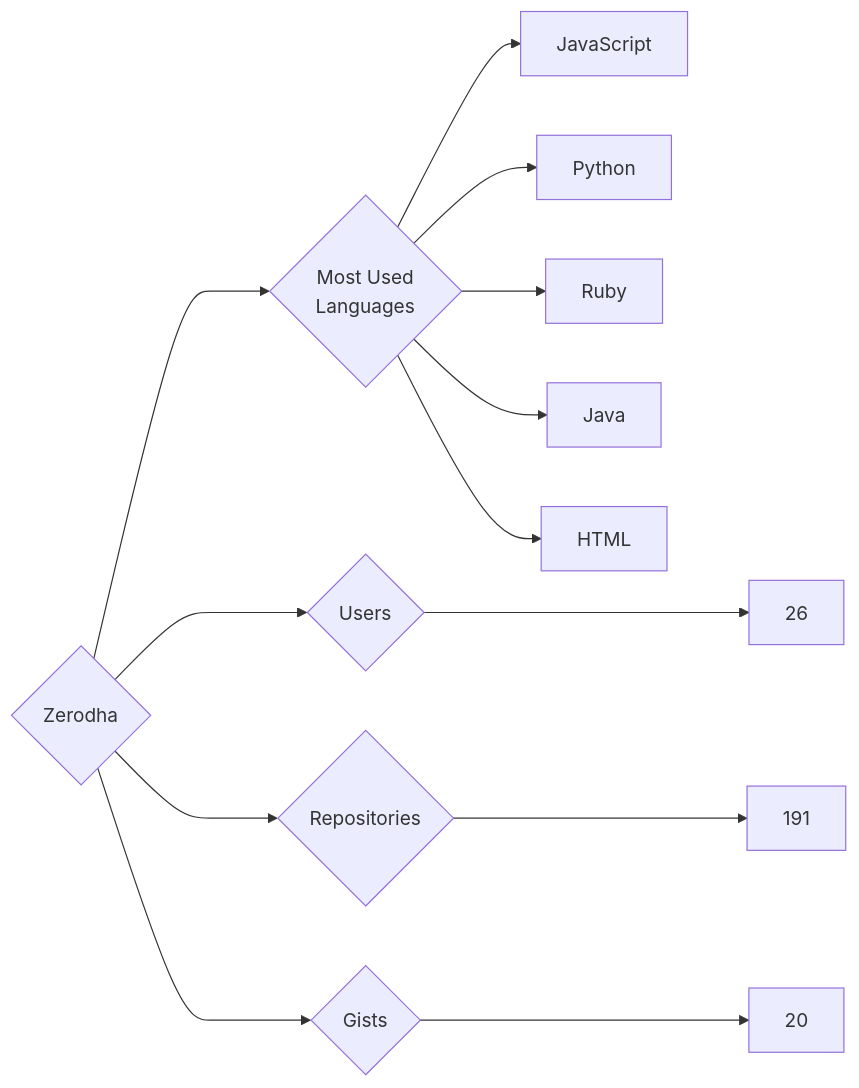
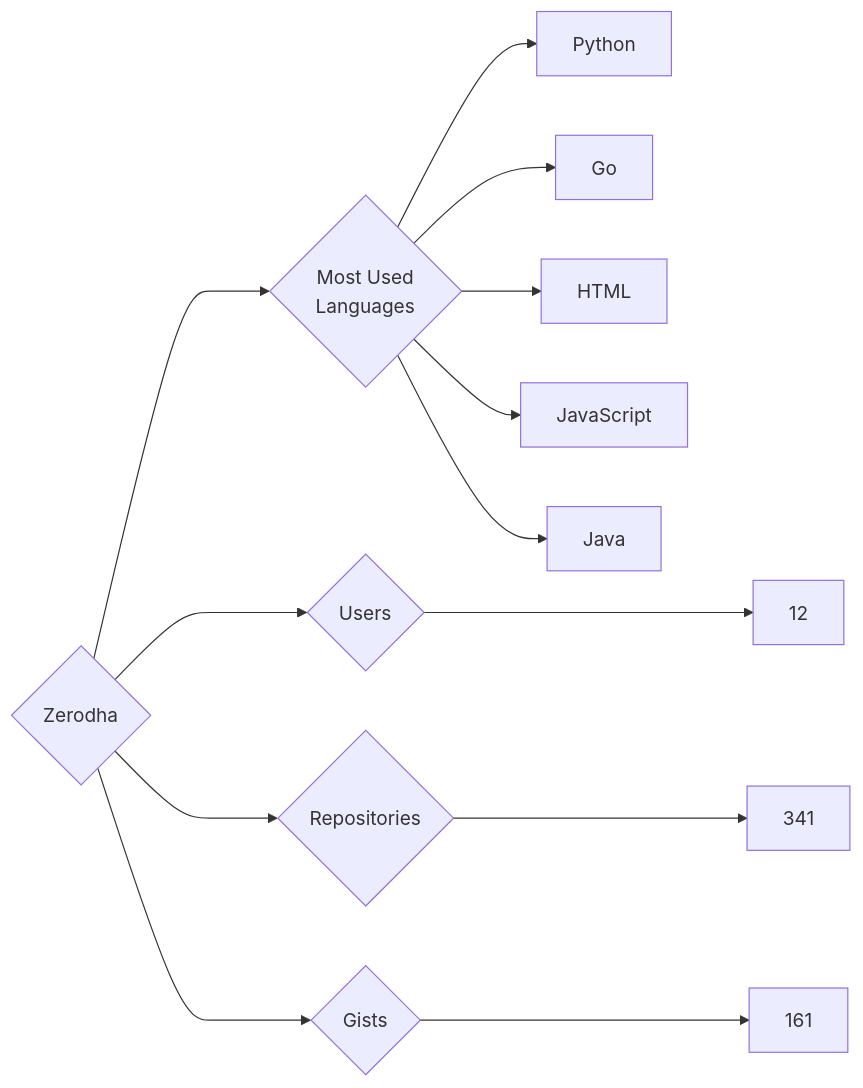
One commit to trickest/insiders changed the diagram in targets/Zerodha/README.md. Above: the diagram before and after it, drawn with Mermaid. The commit also changed 796 other files, not shown here.

````diff
--- a/targets/Zerodha/README.md
+++ b/targets/Zerodha/README.md
@@ -3,13 +3,13 @@
 ```mermaid
 graph LR
 COMPANY_NAME{Zerodha}
-COMPANY_NAME ---> U{Users} ---> UN[26]
-COMPANY_NAME ---> R{Repositories} ---> RN[191]
-COMPANY_NAME ---> G{Gists} ---> GN[20]
+COMPANY_NAME ---> U{Users} ---> UN[12]
+COMPANY_NAME ---> R{Repositories} ---> RN[341]
+COMPANY_NAME ---> G{Gists} ---> GN[161]
 COMPANY_NAME ---> ML{Most Used<br>Languages}
+ML --> Python[Python]
+ML --> Go[Go]
+ML --> HTML[HTML]
 ML --> JavaScript[JavaScript]
-ML --> Python[Python]
-ML --> Ruby[Ruby]
 ML --> Java[Java]
-ML --> HTML[HTML]
 ```
````
